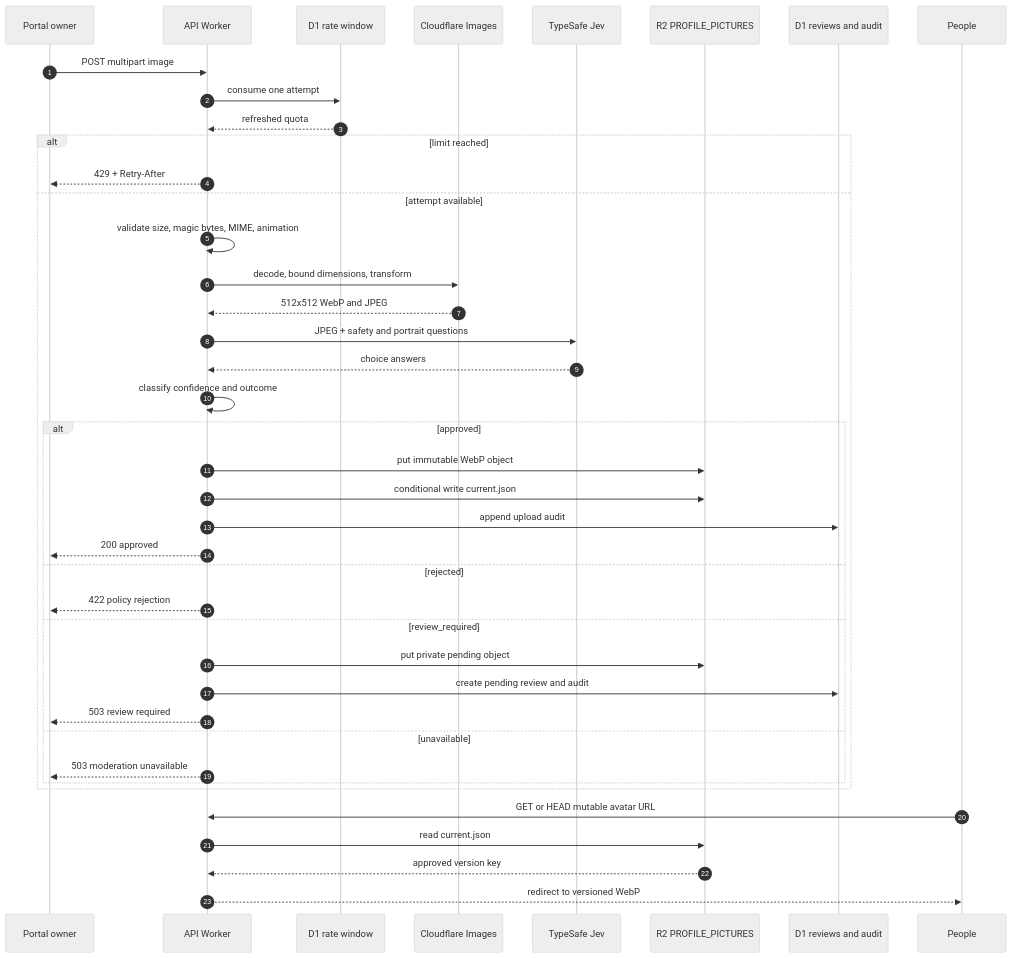
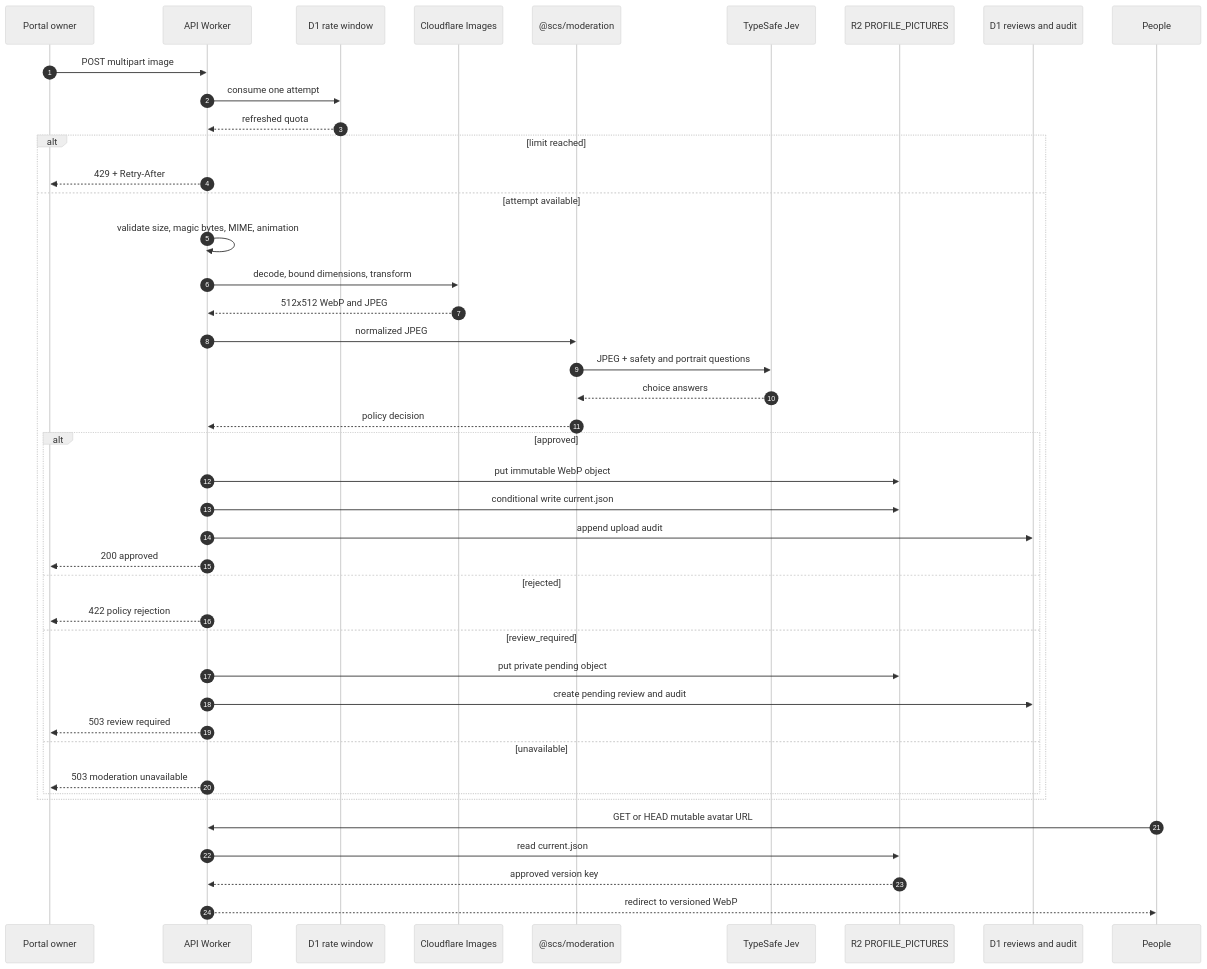
One commit to shamilaw-sci/CSC3213_20_Group_B changed the second of 4 diagrams in docs/PUBLIC_AVATARS.md. Above: the diagram before and after it, drawn with Mermaid (neutral theme). The commit also changed other lines of this file and 16 other files, not shown here.

````diff
--- a/docs/PUBLIC_AVATARS.md
+++ b/docs/PUBLIC_AVATARS.md
@@ -90,44 +92,46 @@
 ```mermaid
 sequenceDiagram
   autonumber
   participant O as Portal owner
   participant A as API Worker
   participant Q as D1 rate window
   participant I as Cloudflare Images
+  participant M as @scs/moderation
   participant J as TypeSafe Jev
   participant R as R2 PROFILE_PICTURES
   participant D as D1 reviews and audit
   participant P as People
 
   O->>A: POST multipart image
   A->>Q: consume one attempt
   Q-->>A: refreshed quota
   alt limit reached
     A-->>O: 429 + Retry-After
   else attempt available
     A->>A: validate size, magic bytes, MIME, animation
     A->>I: decode, bound dimensions, transform
     I-->>A: 512x512 WebP and JPEG
-    A->>J: JPEG + safety and portrait questions
-    J-->>A: choice answers
-    A->>A: classify confidence and outcome
+    A->>M: normalized JPEG
+    M->>J: JPEG + safety and portrait questions
+    J-->>M: choice answers
+    M-->>A: policy decision
     alt approved
       A->>R: put immutable WebP object
       A->>R: conditional write current.json
       A->>D: append upload audit
       A-->>O: 200 approved
     else rejected
       A-->>O: 422 policy rejection
     else review_required
       A->>R: put private pending object
       A->>D: create pending review and audit
       A-->>O: 503 review required
     else unavailable
       A-->>O: 503 moderation unavailable
     end
   end
   P->>A: GET or HEAD mutable avatar URL
   A->>R: read current.json
   R-->>A: approved version key
   A-->>P: redirect to versioned WebP
 ```
````
